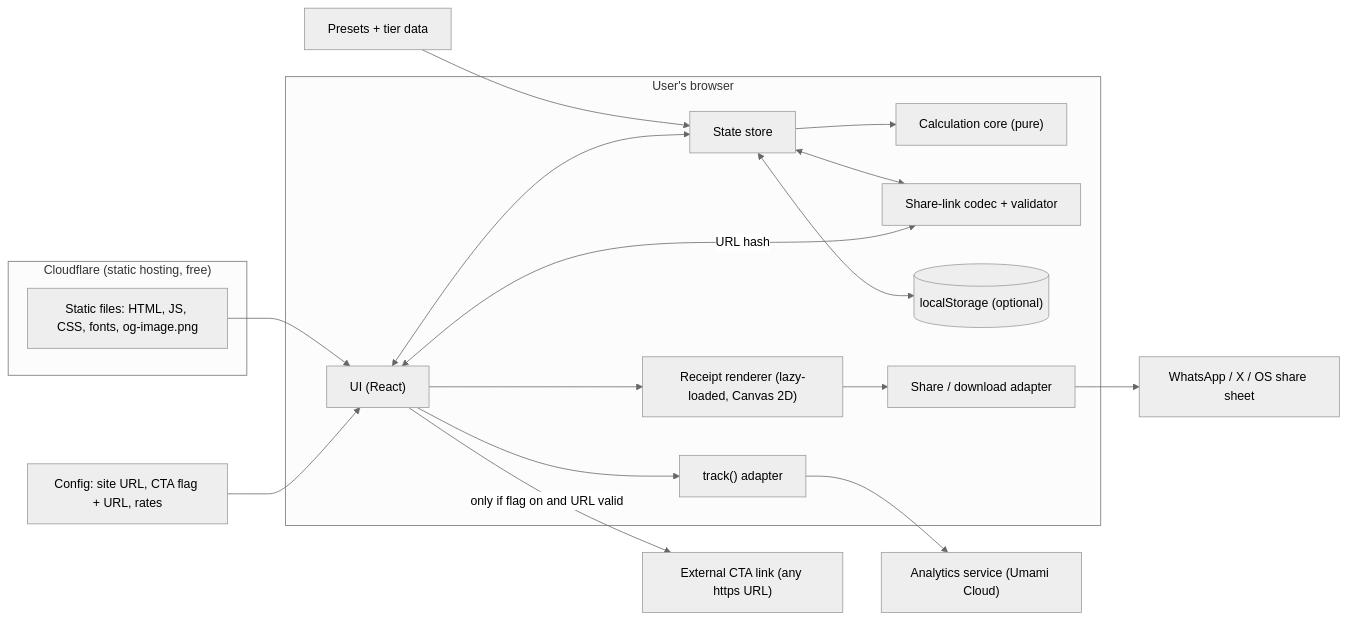
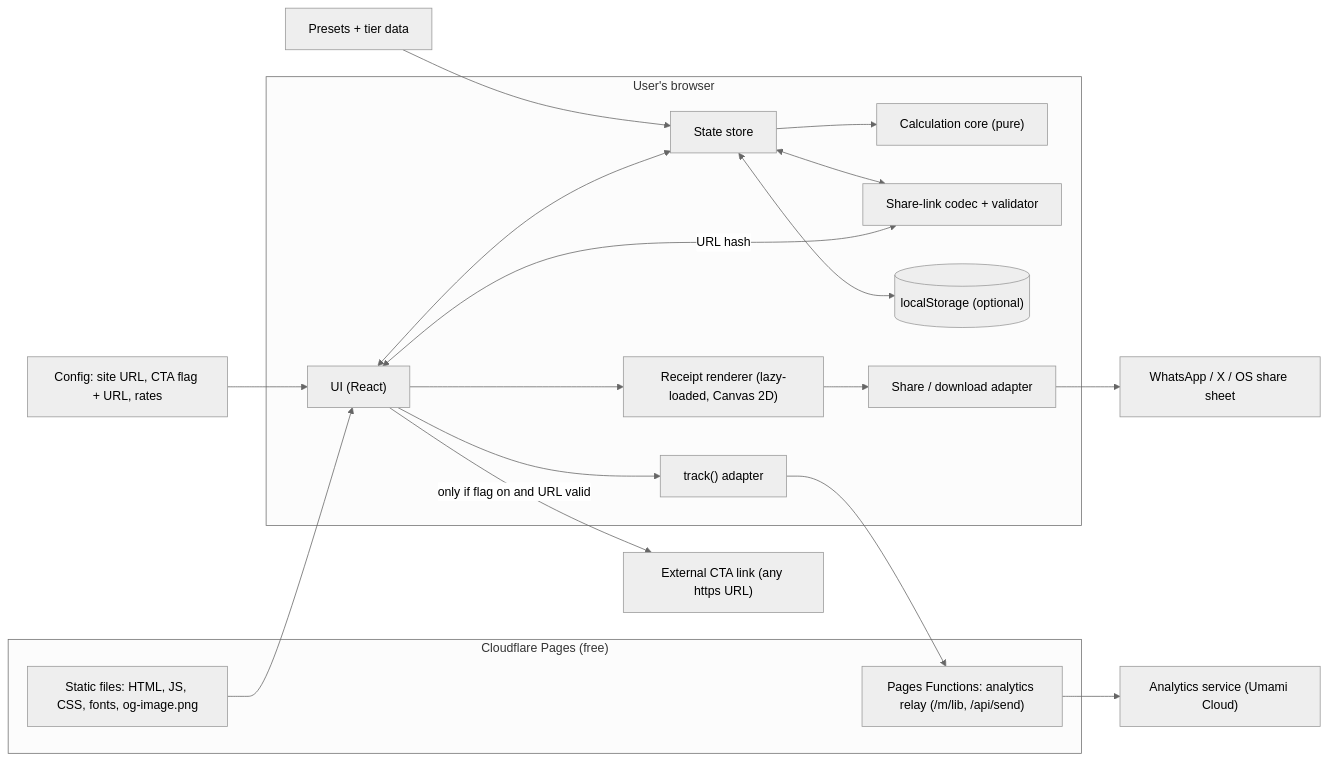
One commit to simplyjoshardals/detty-splitter changed the diagram in ARCHITECTURE.md. Above: the diagram before and after it, drawn with Mermaid (neutral theme). The commit also changed other lines of this file and 11 other files, not shown here.

Commit message:
feat(analytics): relay Umami through our own origin (T10.4)

````diff
--- a/ARCHITECTURE.md
+++ b/ARCHITECTURE.md
@@ -40,35 +41,36 @@
 ```mermaid
 flowchart LR
-  subgraph CF["Cloudflare (static hosting, free)"]
+  subgraph CF["Cloudflare Pages (free)"]
     A["Static files: HTML, JS, CSS, fonts, og-image.png"]
+    FN["Pages Functions: analytics relay (/m/lib, /api/send)"]
   end
 
   subgraph B["User's browser"]
     UI["UI (React)"]
     S["State store"]
     CALC["Calculation core (pure)"]
     CODEC["Share-link codec + validator"]
     LS[("localStorage (optional)")]
     REC["Receipt renderer (lazy-loaded, Canvas 2D)"]
     SH["Share / download adapter"]
     AN["track() adapter"]
   end
 
   CFG["Config: site URL, CTA flag + URL, rates"]
   PRE["Presets + tier data"]
   AT["Analytics service (Umami Cloud)"]
   WA["WhatsApp / X / OS share sheet"]
   CTA["External CTA link (any https URL)"]
 
   A --> UI
   CFG --> UI
   PRE --> S
   UI <--> S
   S --> CALC
   S <--> CODEC
   CODEC <-->|"URL hash"| UI
   S <--> LS
   UI --> REC --> SH --> WA
-  UI --> AN --> AT
+  UI --> AN --> FN --> AT
   UI -->|"only if flag on and URL valid"| CTA
 ```
````
